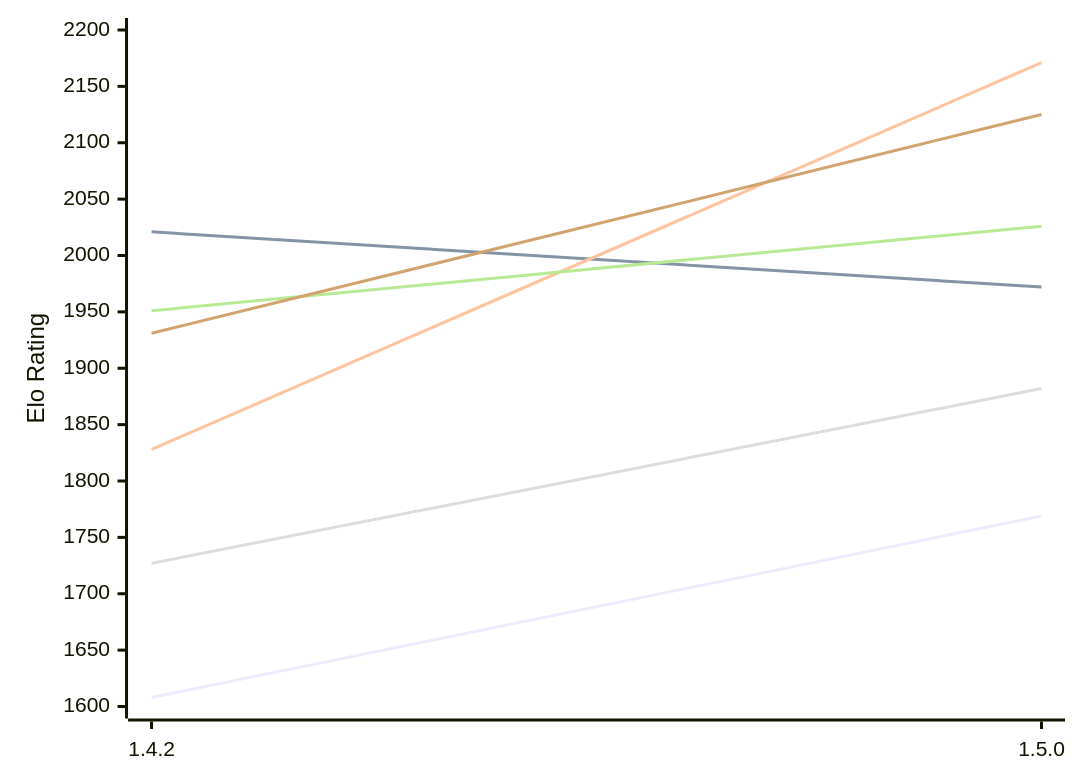
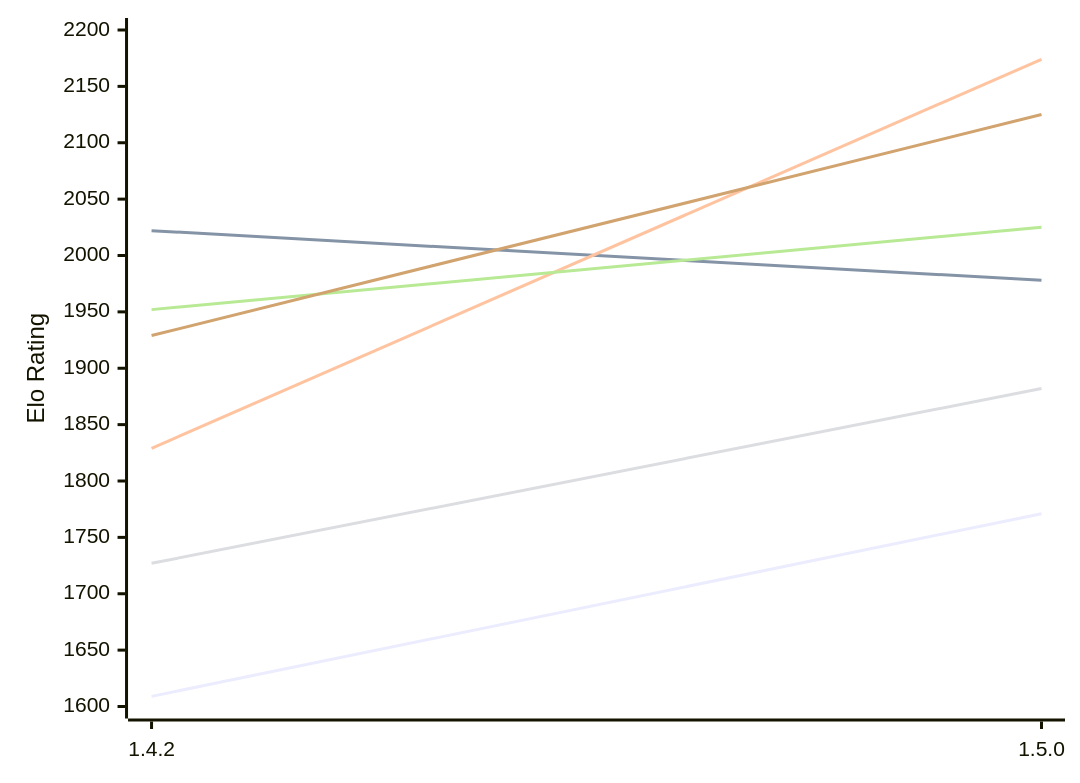
Before and after one commit to computer-chess-index/cci: the first of 2 diagrams in engines/Zeppelin.md, drawn with Mermaid. The commit also changed other lines of this file, not shown here.

Commit message:
Update CCI Ratings (ELO VLTC) - 2026-11-22

````diff
--- a/engines/Zeppelin.md
+++ b/engines/Zeppelin.md
@@ -57,12 +57,12 @@
 ```mermaid
 %%{init: {"theme":"base","themeVariables":{"seriesColors:['#a3a3a3','#222221','#faa371']}}}%%
 xychart-beta
   x-axis ["1.4.2", "1.5.0"]
   y-axis "Elo Rating" 1600 --> 2200
-  line "E1: STC (8.0+0.08s)" [1608, 1769]
-  line "E1: LTC (60.0+0.60s)" [2021, 1972]
-  line "E1: VLTC (2m24s+1.12s)" [1828, 2171]
+  line "E1: STC (8.0+0.08s)" [1609, 1771]
+  line "E1: LTC (60.0+0.60s)" [2022, 1978]
+  line "E1: VLTC (2m24s+1.12s)" [1829, 2174]
   line "P1: STC (8.0+0.08s)" [1727, 1882]
-  line "P1: LTC (60.0+0.60s)" [1951, 2026]
-  line "P1: VLTC (2m24s+1.12s)" [1931, 2125]
+  line "P1: LTC (60.0+0.60s)" [1952, 2025]
+  line "P1: VLTC (2m24s+1.12s)" [1929, 2125]
 ```
````
